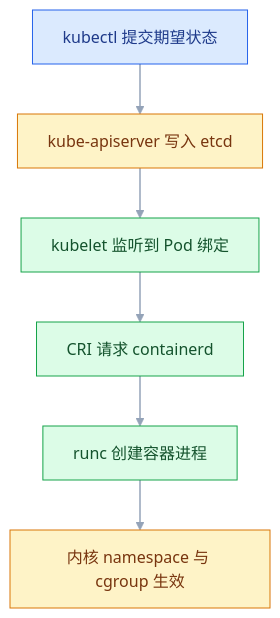
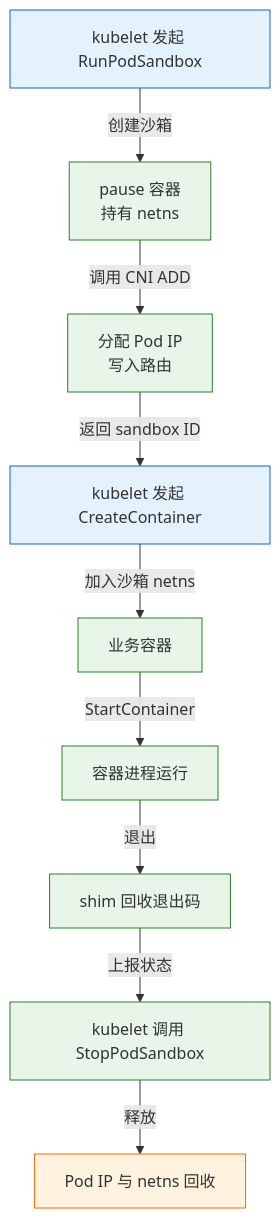
One commit to jimbosuper/studynotes changed the third of 3 diagrams in blog/src/notes/07-运维/03-容器与编排/01-Containerd容器运行时.md. Above: the diagram before and after it, drawn with Mermaid. The commit also changed other lines of this file and 367 other files, not shown here.

````diff
--- a/blog/src/notes/07-运维/03-容器与编排/01-Containerd容器运行时.md
+++ b/blog/src/notes/07-运维/03-容器与编排/01-Containerd容器运行时.md
@@ -524,16 +712,17 @@
 ```mermaid
 flowchart TD
-    classDef client fill:#DBEAFE,stroke:#2563EB,color:#1E3A8A
-    classDef service fill:#DCFCE7,stroke:#16A34A,color:#14532D
-    classDef data fill:#FEF3C7,stroke:#D97706,color:#78350F
-
-    A["kubectl 提交期望状态"]:::client
-    B["kube-apiserver 写入 etcd"]:::data
-    C["kubelet 监听到 Pod 绑定"]:::service
-    D["CRI 请求 containerd"]:::service
-    E["runc 创建容器进程"]:::service
-    F["内核 namespace 与 cgroup 生效"]:::data
-
-    A --> B --> C --> D --> E --> F
-    linkStyle default stroke:#94A3B8,stroke-width:1.5px
+    A["kubelet 发起 RunPodSandbox"] -->|"创建沙箱"| B["pause 容器<br/>持有 netns"]
+    B -->|"调用 CNI ADD"| C["分配 Pod IP<br/>写入路由"]
+    C -->|"返回 sandbox ID"| D["kubelet 发起 CreateContainer"]
+    D -->|"加入沙箱 netns"| E["业务容器"]
+    E -->|"StartContainer"| F["容器进程运行"]
+    F -->|"退出"| G["shim 回收退出码"]
+    G -->|"上报状态"| H["kubelet 调用 StopPodSandbox"]
+    H -->|"释放"| I["Pod IP 与 netns 回收"]
+    classDef client fill:#e3f2fd,stroke:#1565c0;
+    classDef engine fill:#e8f5e9,stroke:#2e7d32;
+    classDef image fill:#fff3e0,stroke:#ef6c00;
+    class A,D client
+    class B,C,E,F,G,H engine
+    class I image
 ```
````
